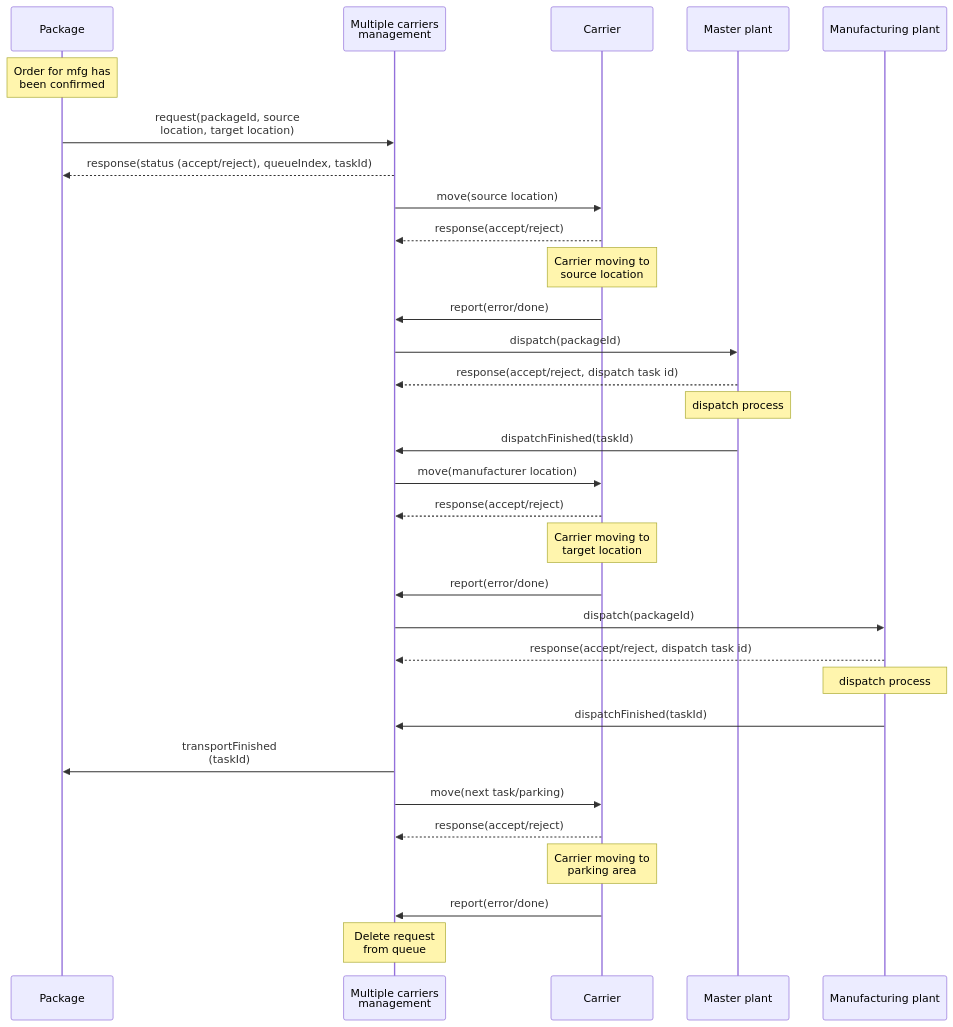
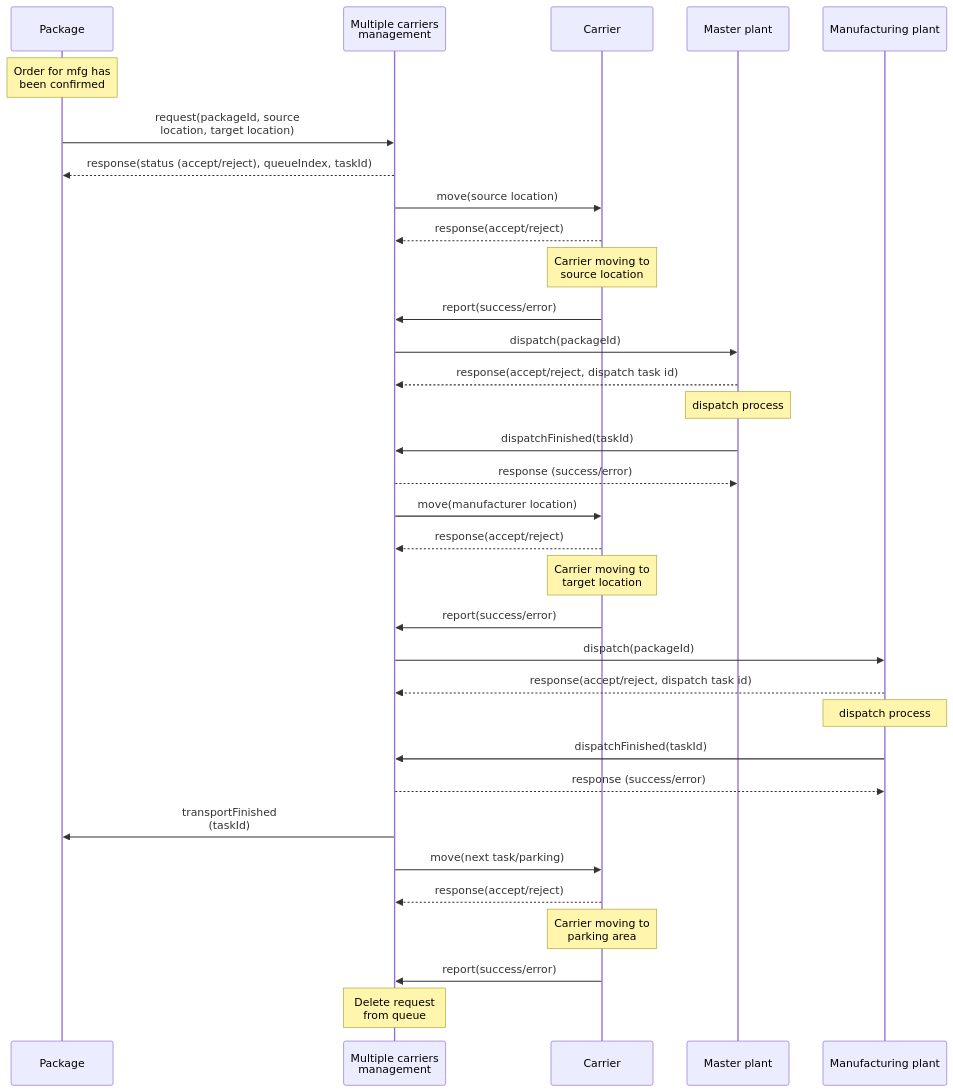
Before and after one commit to fsprojekti/shr-mfg-platform: the second of 2 diagrams in README.md, drawn with Mermaid.

````diff
--- a/README.md
+++ b/README.md
@@ -58,39 +58,41 @@
 ```mermaid
 
 sequenceDiagram
 participant P as Package
 Note over P: Order for mfg has<br> been confirmed
 participant MC as Multiple carriers <br>management
 participant C as Carrier
 participant M as Master plant 
 participant MFG as Manufacturing plant 
 
 P->>MC: request(packageId, source <br>location, target location)
 MC-->>P: response(status (accept/reject), queueIndex, taskId)
 MC->>C: move(source location)
 C-->>MC: response(accept/reject)
 Note over C: Carrier moving to <br>source location
-C->>MC: report(error/done)
+C->>MC: report(success/error)
 MC->>M: dispatch(packageId)
 M-->>MC: response(accept/reject, dispatch task id)
 Note over M: dispatch process
 M->>MC: dispatchFinished(taskId)
+MC-->>M: response (success/error)
 
 MC->>C: move(manufacturer location)
 C-->>MC: response(accept/reject)
 Note over C: Carrier moving to <br>target location
-C->>MC: report(error/done)
+C->>MC: report(success/error)
 MC->>MFG: dispatch(packageId)
 MFG-->>MC: response(accept/reject, dispatch task id)
 Note over MFG: dispatch process
 MFG->>MC: dispatchFinished(taskId)
+MC-->>MFG: response (success/error)
 MC->>P: transportFinished <br>(taskId)
 
 MC->>C: move(next task/parking)
 C-->>MC: response(accept/reject)
 Note over C: Carrier moving to <br>parking area
-C->>MC: report(error/done)
+C->>MC: report(success/error)
 Note over MC: Delete request<br>from queue
 
 
 ```
````
